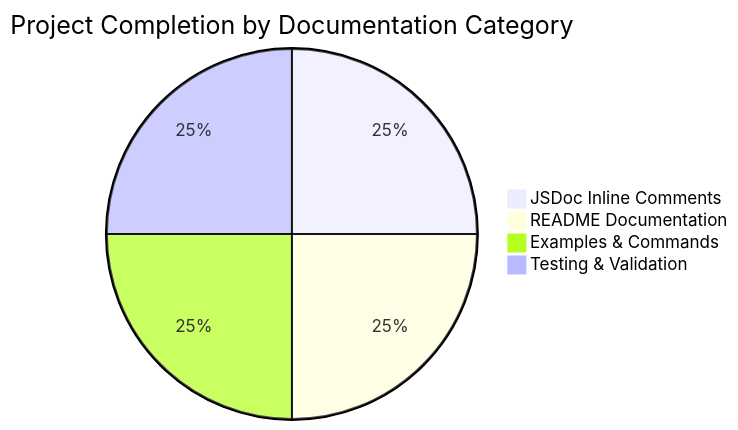
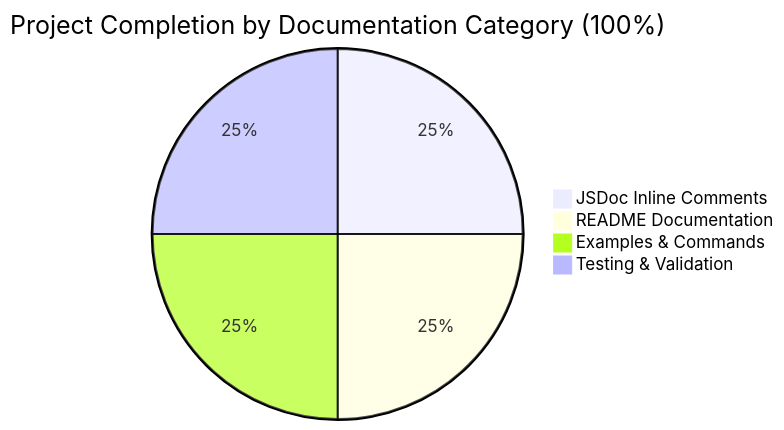
One commit to lakshya-blitzy/meta-app changed the second of 3 diagrams in blitzy/documentation/Project Guide.md. Above: the diagram before and after it, drawn with Mermaid. The commit also changed other lines of this file, not shown here.

Commit message:
Adding Blitzy Project Guide: Project Status and Human Tasks Remaining

````diff
--- a/blitzy/documentation/Project Guide.md
+++ b/blitzy/documentation/Project Guide.md
@@ -173,7 +239,7 @@
 ```mermaid
-pie title Project Completion by Documentation Category
+pie title Project Completion by Documentation Category (100%)
     "JSDoc Inline Comments" : 100
     "README Documentation" : 100
     "Examples & Commands" : 100
     "Testing & Validation" : 100
 ```
````
